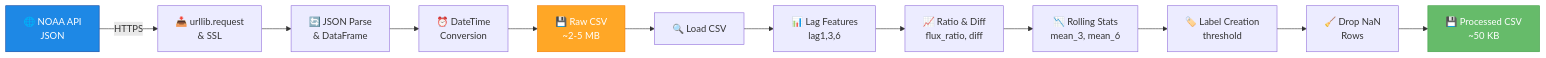
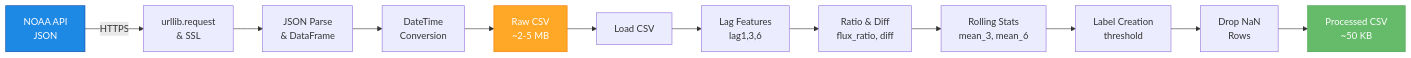
Before and after one commit to Hisimsek1/Perihelion.AI: the second of 12 diagrams in docs/ARCHITECTURE.md, drawn with Mermaid. The commit also changed other lines of this file, not shown here.

Commit message:
Remove emojis from architecture diagrams for cleaner documentation

````diff
--- a/docs/ARCHITECTURE.md
+++ b/docs/ARCHITECTURE.md
@@ -70,31 +70,31 @@
 ```mermaid
 graph LR
-    A["🌐 NOAA API<br/>JSON"] 
-    B["📥 urllib.request<br/>& SSL"]
-    C["🔄 JSON Parse<br/>& DataFrame"]
-    D["⏰ DateTime<br/>Conversion"]
-    E["💾 Raw CSV<br/>~2-5 MB"]
-    F["🔍 Load CSV"]
-    G["📊 Lag Features<br/>lag1,3,6"]
-    H["📈 Ratio & Diff<br/>flux_ratio, diff"]
-    I["📉 Rolling Stats<br/>mean_3, mean_6"]
-    J["🏷️ Label Creation<br/>threshold"]
-    K["🧹 Drop NaN<br/>Rows"]
-    L["💾 Processed CSV<br/>~50 KB"]
+    A["NOAA API<br/>JSON"] 
+    B["urllib.request<br/>& SSL"]
+    C["JSON Parse<br/>& DataFrame"]
+    D["DateTime<br/>Conversion"]
+    E["Raw CSV<br/>~2-5 MB"]
+    F["Load CSV"]
+    G["Lag Features<br/>lag1,3,6"]
+    H["Ratio & Diff<br/>flux_ratio, diff"]
+    I["Rolling Stats<br/>mean_3, mean_6"]
+    J["Label Creation<br/>threshold"]
+    K["Drop NaN<br/>Rows"]
+    L["Processed CSV<br/>~50 KB"]
     
     A -->|HTTPS| B
     B --> C
     C --> D
     D --> E
     E --> F
     F --> G
     G --> H
     H --> I
     I --> J
     J --> K
     K --> L
     
     style A fill:#1e88e5,stroke:#0d47a1,color:#fff
     style E fill:#ffa726,stroke:#f57c00,color:#fff
     style L fill:#66bb6a,stroke:#43a047,color:#fff
 ```
````
